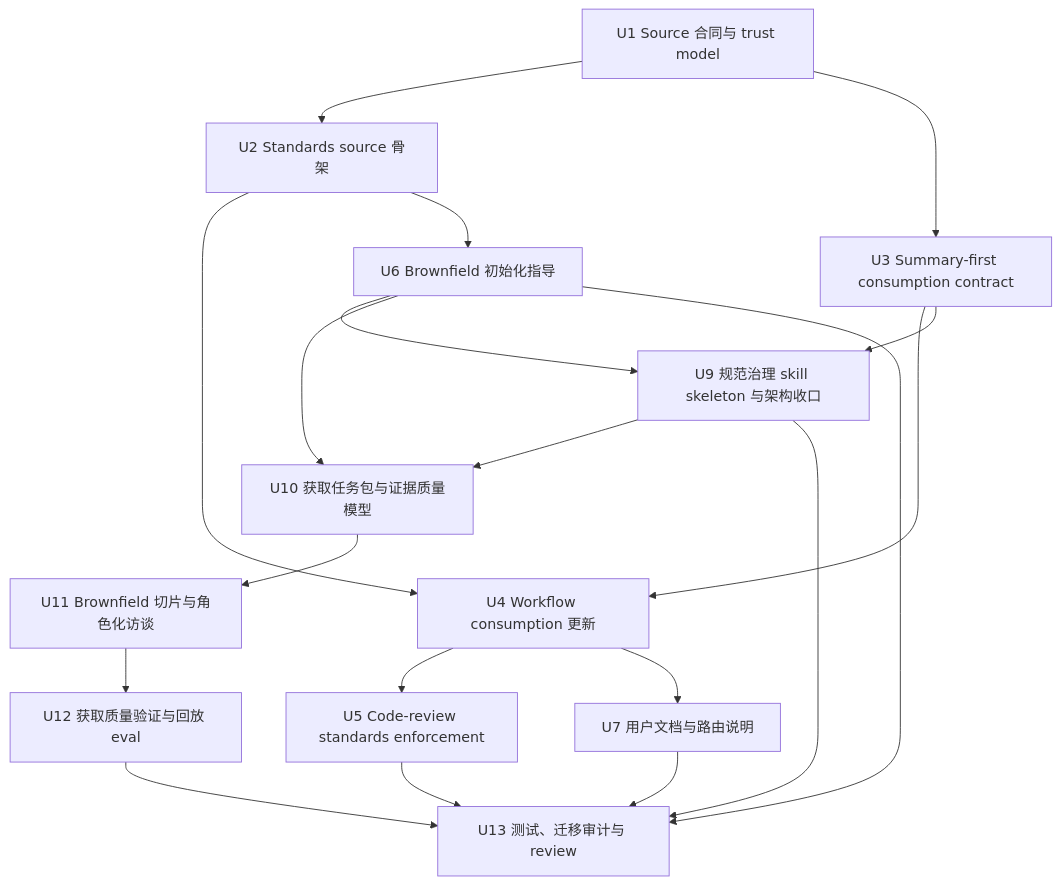
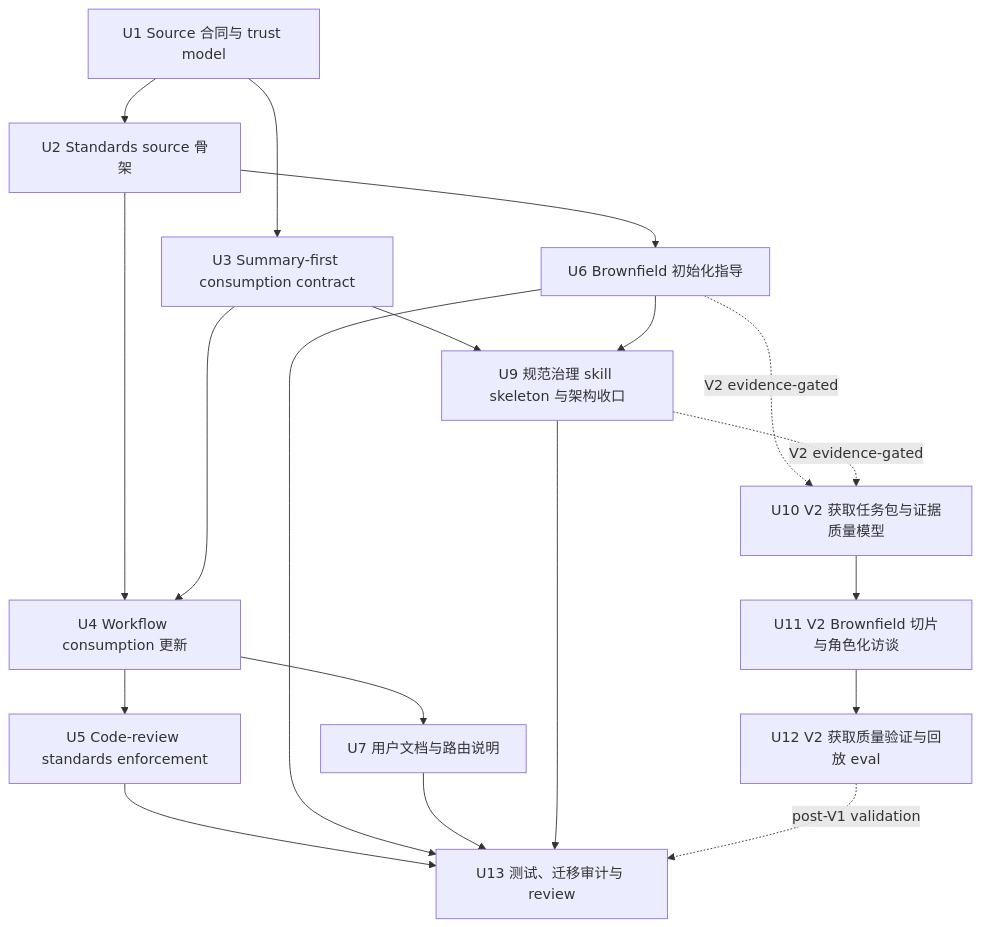
One commit to ajiao7240/spec-first changed the seventh of 7 diagrams in docs/plans/2026-06-21-004-feat-team-standards-governance-layer-plan.md. Above: the diagram before and after it, drawn with Mermaid. The commit also changed other lines of this file and 17 other files, not shown here.

````diff
--- a/docs/plans/2026-06-21-004-feat-team-standards-governance-layer-plan.md
+++ b/docs/plans/2026-06-21-004-feat-team-standards-governance-layer-plan.md
@@ -1194,34 +1269,35 @@
 ```mermaid
 flowchart TB
   U1[U1 Source 合同与 trust model]
   U2[U2 Standards source 骨架]
   U3[U3 Summary-first consumption contract]
   U4[U4 Workflow consumption 更新]
   U5[U5 Code-review standards enforcement]
   U6[U6 Brownfield 初始化指导]
   U7[U7 用户文档与路由说明]
   U9[U9 规范治理 skill skeleton 与架构收口]
-  U10[U10 获取任务包与证据质量模型]
-  U11[U11 Brownfield 切片与角色化访谈]
-  U12[U12 获取质量验证与回放 eval]
+  U10[U10 V2 获取任务包与证据质量模型]
+  U11[U11 V2 Brownfield 切片与角色化访谈]
+  U12[U12 V2 获取质量验证与回放 eval]
   U13[U13 测试、迁移审计与 review]
 
   U1 --> U2
   U1 --> U3
   U2 --> U4
   U3 --> U4
   U4 --> U5
   U2 --> U6
   U4 --> U7
   U3 --> U9
   U6 --> U9
-  U6 --> U10
-  U9 --> U10
-  U10 --> U11
-  U11 --> U12
-  U12 --> U13
   U5 --> U13
   U6 --> U13
   U7 --> U13
   U9 --> U13
+
+  U6 -.V2 evidence-gated.-> U10
+  U9 -.V2 evidence-gated.-> U10
+  U10 --> U11
+  U11 --> U12
+  U12 -.post-V1 validation.-> U13
 ```
````
